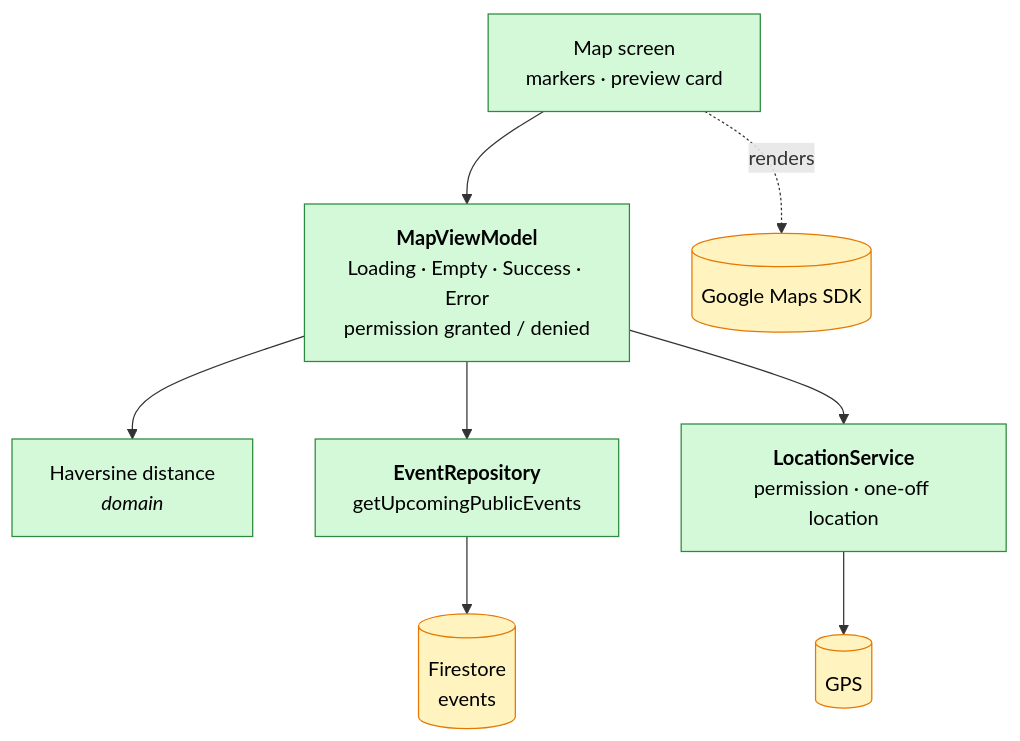
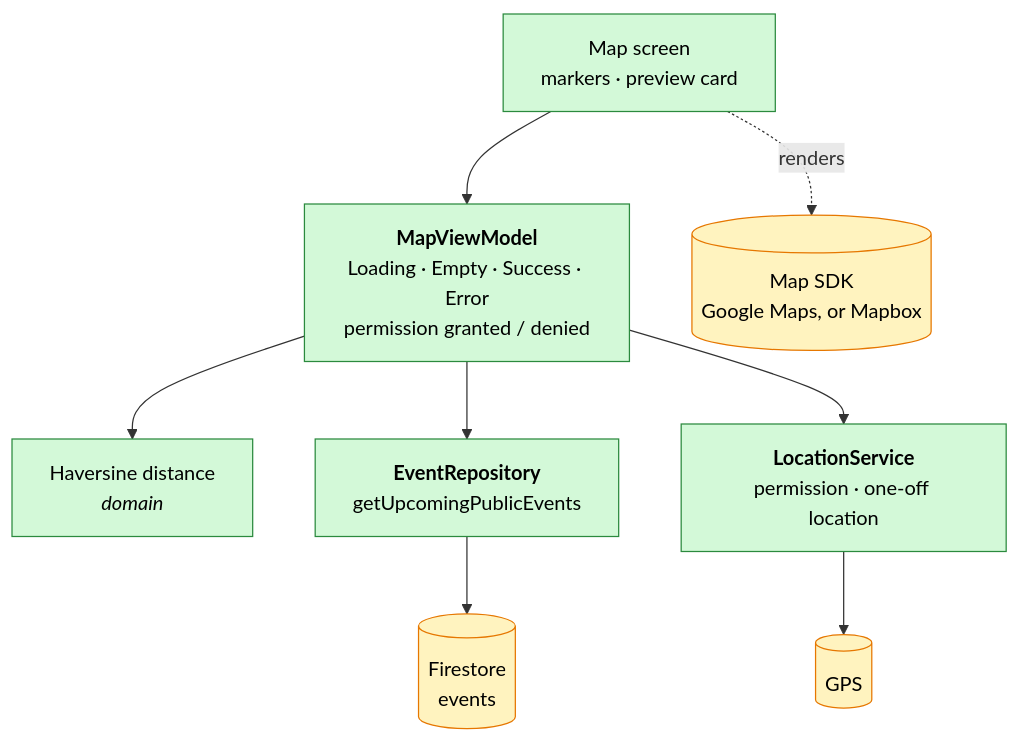
Before and after one commit to swent-polysocial/PolySocial: the fourth of 11 diagrams in docs/Architecture-Diagram.md, drawn with Mermaid. The commit also changed other lines of this file and 2 other files, not shown here.

First line of the commit message:
docs: address review on architecture page

````diff
--- a/docs/Architecture-Diagram.md
+++ b/docs/Architecture-Diagram.md
@@ -133,13 +134,13 @@
 ```mermaid
 flowchart TB
   classDef s1 fill:#d3f9d8,stroke:#2b8a3e,color:#000
   classDef ext fill:#fff3bf,stroke:#e67700,color:#000
 
   mapS["Map screen<br/>markers · preview card"]:::s1 --> mapVM["<b>MapViewModel</b><br/>Loading · Empty · Success · Error<br/>permission granted / denied"]:::s1
-  mapS -. renders .-> maps[("Google Maps SDK")]:::ext
+  mapS -. renders .-> maps[("Map SDK<br/>Google Maps, or Mapbox")]:::ext
   mapVM --> dist["Haversine distance<br/><i>domain</i>"]:::s1
   mapVM --> ev["<b>EventRepository</b><br/>getUpcomingPublicEvents"]:::s1
   mapVM --> loc["<b>LocationService</b><br/>permission · one-off location"]:::s1
   ev --> fs[("Firestore<br/>events")]:::ext
   loc --> gps[("GPS")]:::ext
 ```
````
